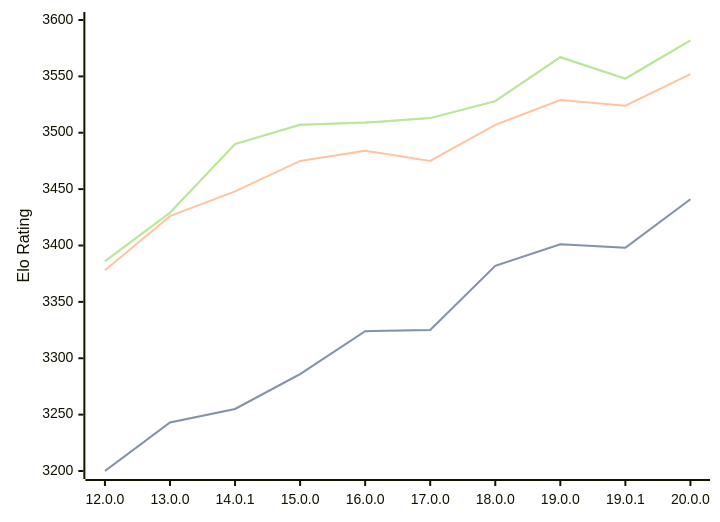
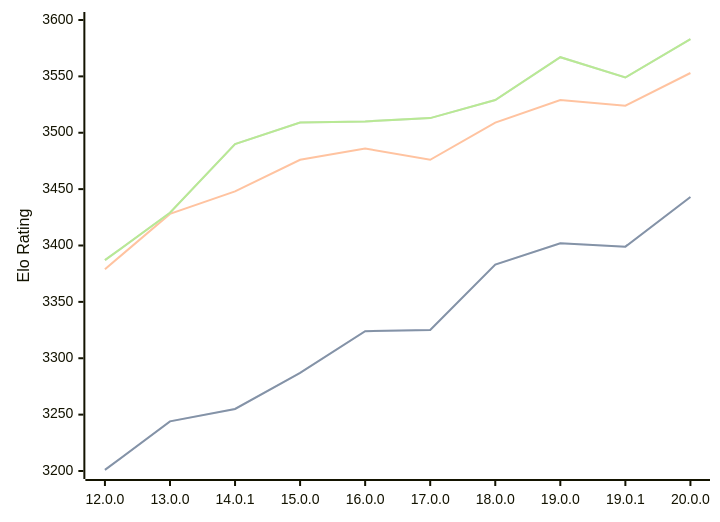
Before and after one commit to computer-chess-index/cci: the diagram in engines/Viridithas.md, drawn with Mermaid. The commit also changed other lines of this file, not shown here.

Commit message:
Update CCI Ratings (ELO VLTC) - 2026-08-19

````diff
--- a/engines/Viridithas.md
+++ b/engines/Viridithas.md
@@ -40,11 +40,11 @@
 ```mermaid
 %%{init: {"theme":"base","themeVariables":{"seriesColors:['#a3a3a3','#222221','#faa371']}}}%%
 xychart-beta
   x-axis ["12.0.0", "13.0.0", "14.0.1", "15.0.0", "16.0.0", "17.0.0", "18.0.0", "19.0.0", "19.0.1", "20.0.0"]
   y-axis "Elo Rating" 3200 --> 3600
-  line "STC (8.0+0.08s)" [3200, 3243, 3255, 3286, 3324, 3325, 3382, 3401, 3398, 3441]
-  line "STC (8.0+0.08s)" [3200, 3243, 3255, 3286, 3324, 3325, 3382, 3401, 3398, 3441]
-  line "LTC (60.0+0.60s)" [3378, 3426, 3448, 3475, 3484, 3475, 3507, 3529, 3524, 3552]
-  line "VLTC (2m24s+1.12s)" [3386, 3429, 3490, 3507, 3509, 3513, 3528, 3567, 3548, 3582]
-  line "VLTC (2m24s+1.12s)" [3386, 3429, 3490, 3507, 3509, 3513, 3528, 3567, 3548, 3582]
+  line "STC (8.0+0.08s)" [3201, 3244, 3255, 3287, 3324, 3325, 3383, 3402, 3399, 3443]
+  line "STC (8.0+0.08s)" [3201, 3244, 3255, 3287, 3324, 3325, 3383, 3402, 3399, 3443]
+  line "LTC (60.0+0.60s)" [3379, 3428, 3448, 3476, 3486, 3476, 3509, 3529, 3524, 3553]
+  line "VLTC (2m24s+1.12s)" [3387, 3429, 3490, 3509, 3510, 3513, 3529, 3567, 3549, 3583]
+  line "VLTC (2m24s+1.12s)" [3387, 3429, 3490, 3509, 3510, 3513, 3529, 3567, 3549, 3583]
 ```
````
